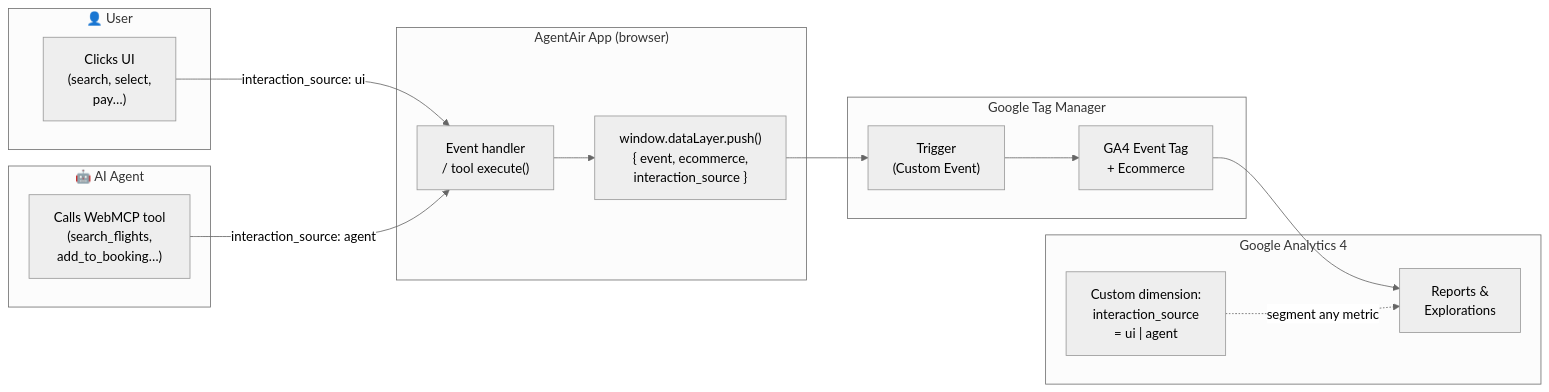
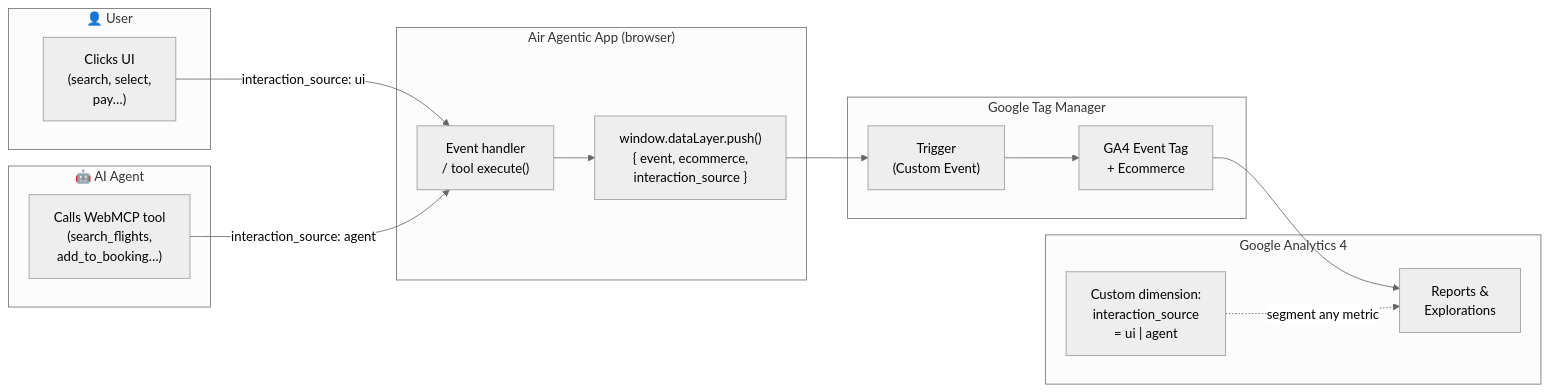
One commit to dataenthusiast-io/agentair-webmcp-demo changed the diagram in README.md. Above: the diagram before and after it, drawn with Mermaid (neutral theme). The commit also changed other lines of this file and 8 other files, not shown here.

Commit message:
Rename to Air Agentic

````diff
--- a/README.md
+++ b/README.md
@@ -27,33 +27,33 @@
 ```mermaid
 flowchart LR
     subgraph USER["👤 User"]
         U_CLICK["Clicks UI\n(search, select,\npay…)"]
     end
 
     subgraph AGENT["🤖 AI Agent"]
         A_TOOL["Calls WebMCP tool\n(search_flights,\nadd_to_booking…)"]
     end
 
-    subgraph APP["AgentAir App (browser)"]
+    subgraph APP["Air Agentic App (browser)"]
         HANDLER["Event handler\n/ tool execute()"]
         DL["window.dataLayer.push()\n{ event, ecommerce,\ninteraction_source }"]
     end
 
     subgraph GTM["Google Tag Manager"]
         TRIGGER["Trigger\n(Custom Event)"]
         TAG["GA4 Event Tag\n+ Ecommerce"]
     end
 
     subgraph GA4["Google Analytics 4"]
         REPORT["Reports &\nExplorations"]
         DIM["Custom dimension:\ninteraction_source\n= ui | agent"]
     end
 
     U_CLICK -->|"interaction_source: ui"| HANDLER
     A_TOOL -->|"interaction_source: agent"| HANDLER
     HANDLER --> DL
     DL --> TRIGGER
     TRIGGER --> TAG
     TAG --> REPORT
     DIM -.->|"segment any metric"| REPORT
 ```
````
